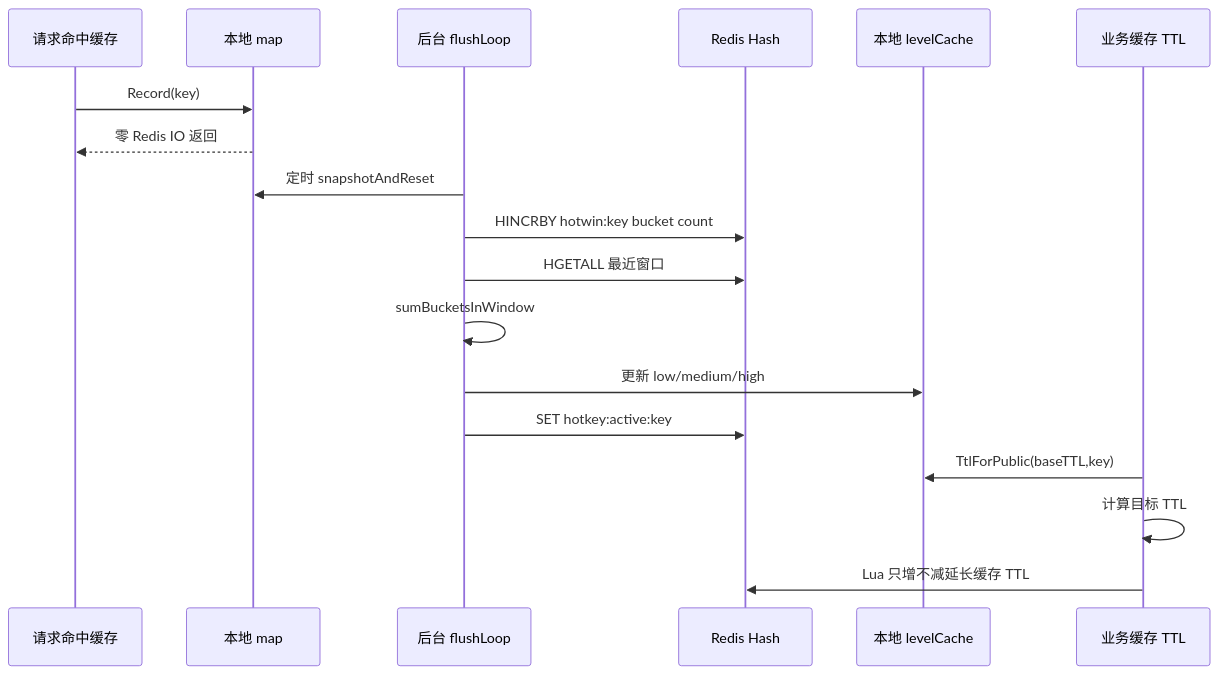
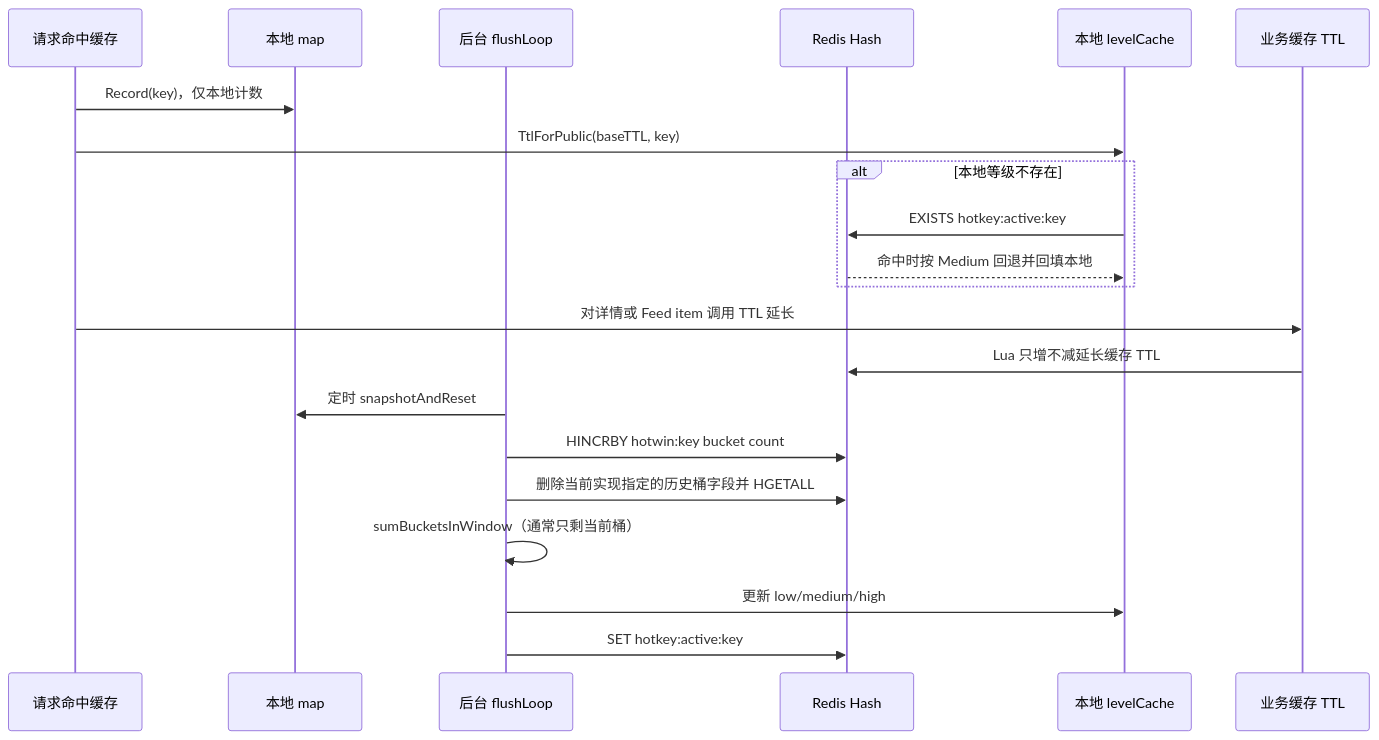
One commit to bitladykiller/zhiguang_go changed the eighth of 13 diagrams in docs/modules/09-热点缓存与多级缓存策略.md. Above: the diagram before and after it, drawn with Mermaid. The commit also changed other lines of this file and 11 other files, not shown here.

Commit message:
docs: 架构文档增强与纵向流程图

````diff
--- a/docs/modules/09-热点缓存与多级缓存策略.md
+++ b/docs/modules/09-热点缓存与多级缓存策略.md
@@ -324,21 +356,24 @@
 ```mermaid
 sequenceDiagram
     participant Req as 请求命中缓存
     participant Local as 本地 map
     participant Flush as 后台 flushLoop
     participant Redis as Redis Hash
     participant Level as 本地 levelCache
     participant Biz as 业务缓存 TTL
 
-    Req->>Local: Record(key)
-    Local-->>Req: 零 Redis IO 返回
+    Req->>Local: Record(key)，仅本地计数
+    Req->>Level: TtlForPublic(baseTTL, key)
+    alt 本地等级不存在
+        Level->>Redis: EXISTS hotkey:active:key
+        Redis-->>Level: 命中时按 Medium 回退并回填本地
+    end
+    Req->>Biz: 对详情或 Feed item 调用 TTL 延长
+    Biz->>Redis: Lua 只增不减延长缓存 TTL
     Flush->>Local: 定时 snapshotAndReset
     Flush->>Redis: HINCRBY hotwin:key bucket count
-    Flush->>Redis: HGETALL 最近窗口
-    Flush->>Flush: sumBucketsInWindow
+    Flush->>Redis: 删除当前实现指定的历史桶字段并 HGETALL
+    Flush->>Flush: sumBucketsInWindow（通常只剩当前桶）
     Flush->>Level: 更新 low/medium/high
     Flush->>Redis: SET hotkey:active:key
-    Biz->>Level: TtlForPublic(baseTTL,key)
-    Biz->>Biz: 计算目标 TTL
-    Biz->>Redis: Lua 只增不减延长缓存 TTL
 ```
````
